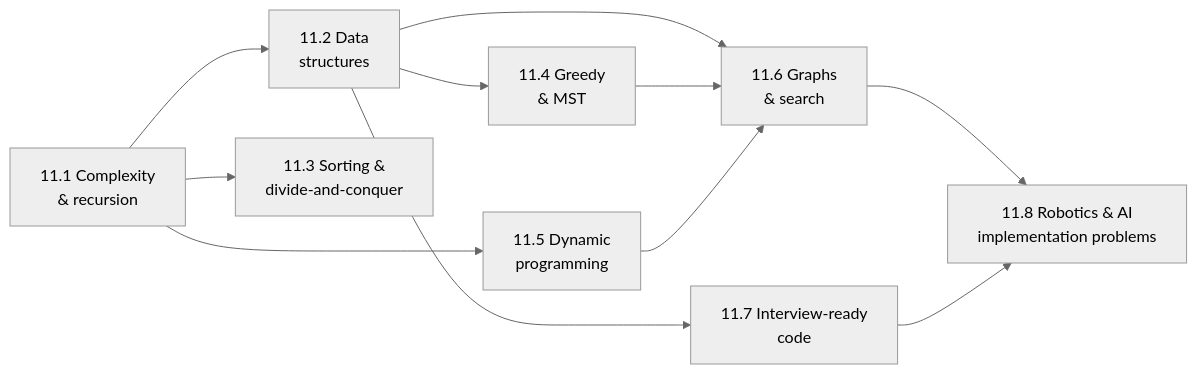
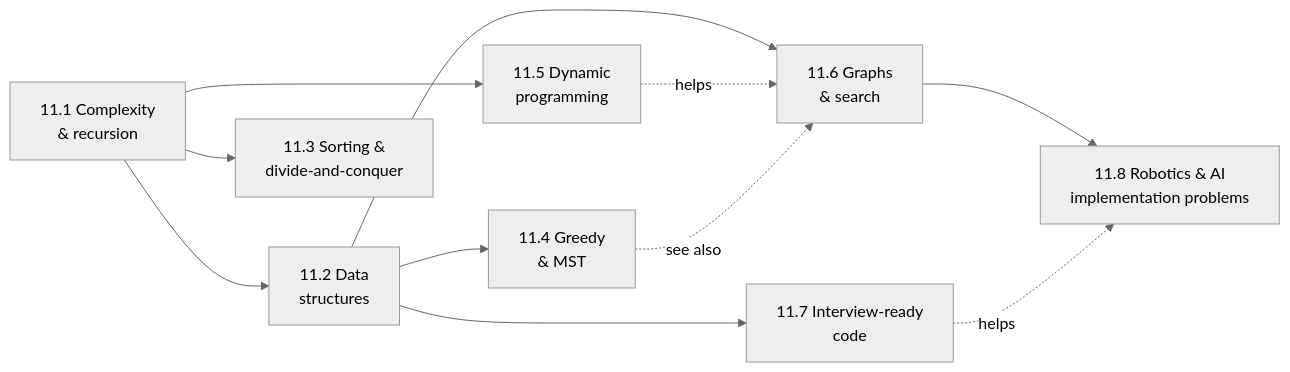
The first of 2 diagrams in content/02-foundations/algorithms/index.md (jiseop-byeon/phd-wiki), drawn with Mermaid (neutral theme) before and after one commit. The commit also changed other lines of this file and 111 other files, not shown here.

````diff
--- a/content/02-foundations/algorithms/index.md
+++ b/content/02-foundations/algorithms/index.md
@@ -21,13 +21,13 @@
 ```mermaid
 flowchart LR
     C["11.1 Complexity<br/>& recursion"] --> D["11.2 Data<br/>structures"]
     C --> S["11.3 Sorting &<br/>divide-and-conquer"]
     D --> G["11.4 Greedy<br/>& MST"]
     C --> P["11.5 Dynamic<br/>programming"]
     D --> R["11.6 Graphs<br/>& search"]
-    G --> R
-    P --> R
+    P -.->|"helps"| R
+    G -.->|"see also"| R
     R --> I["11.8 Robotics & AI<br/>implementation problems"]
     D --> W["11.7 Interview-ready<br/>code"]
-    W --> I
+    W -.->|"helps"| I
 ```
````
